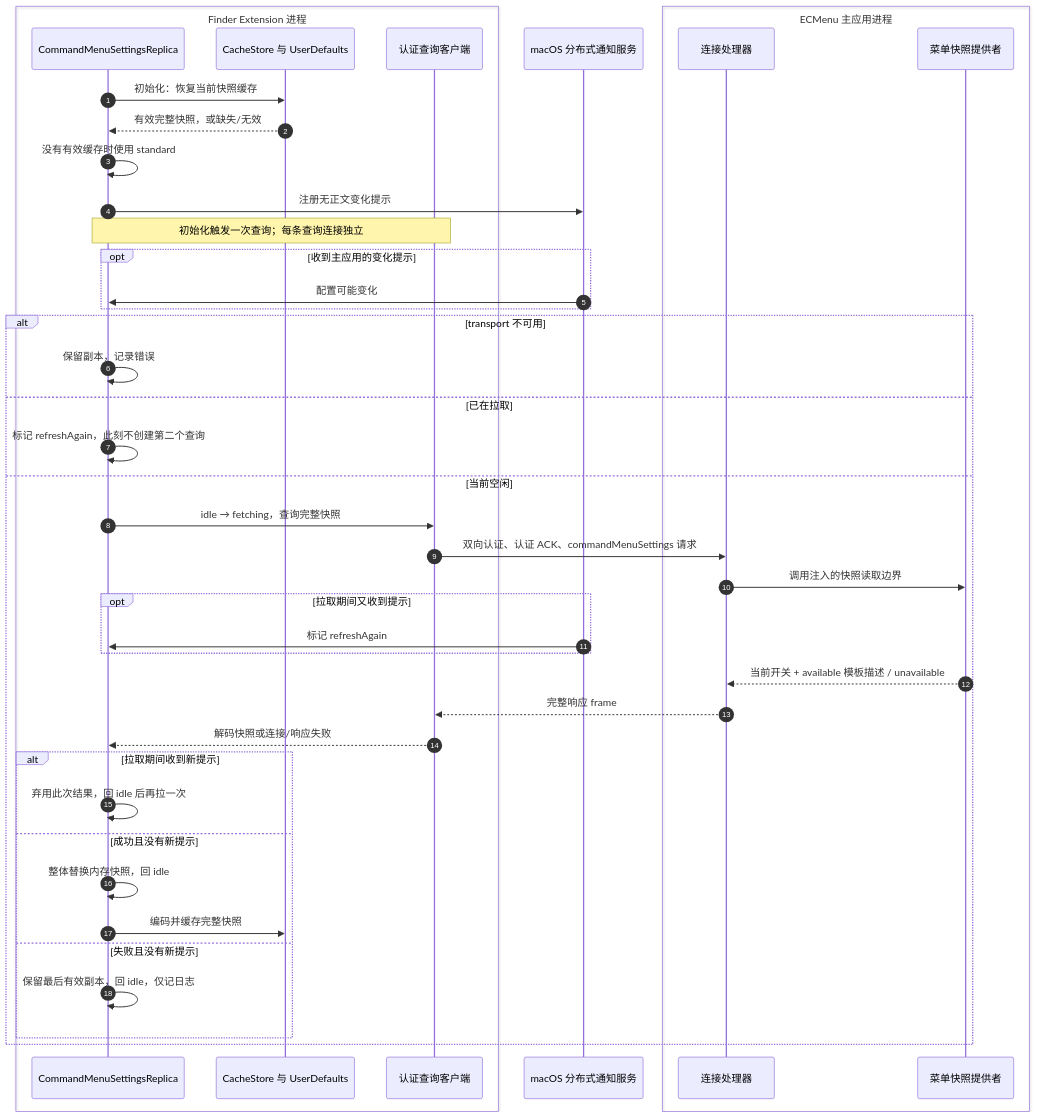
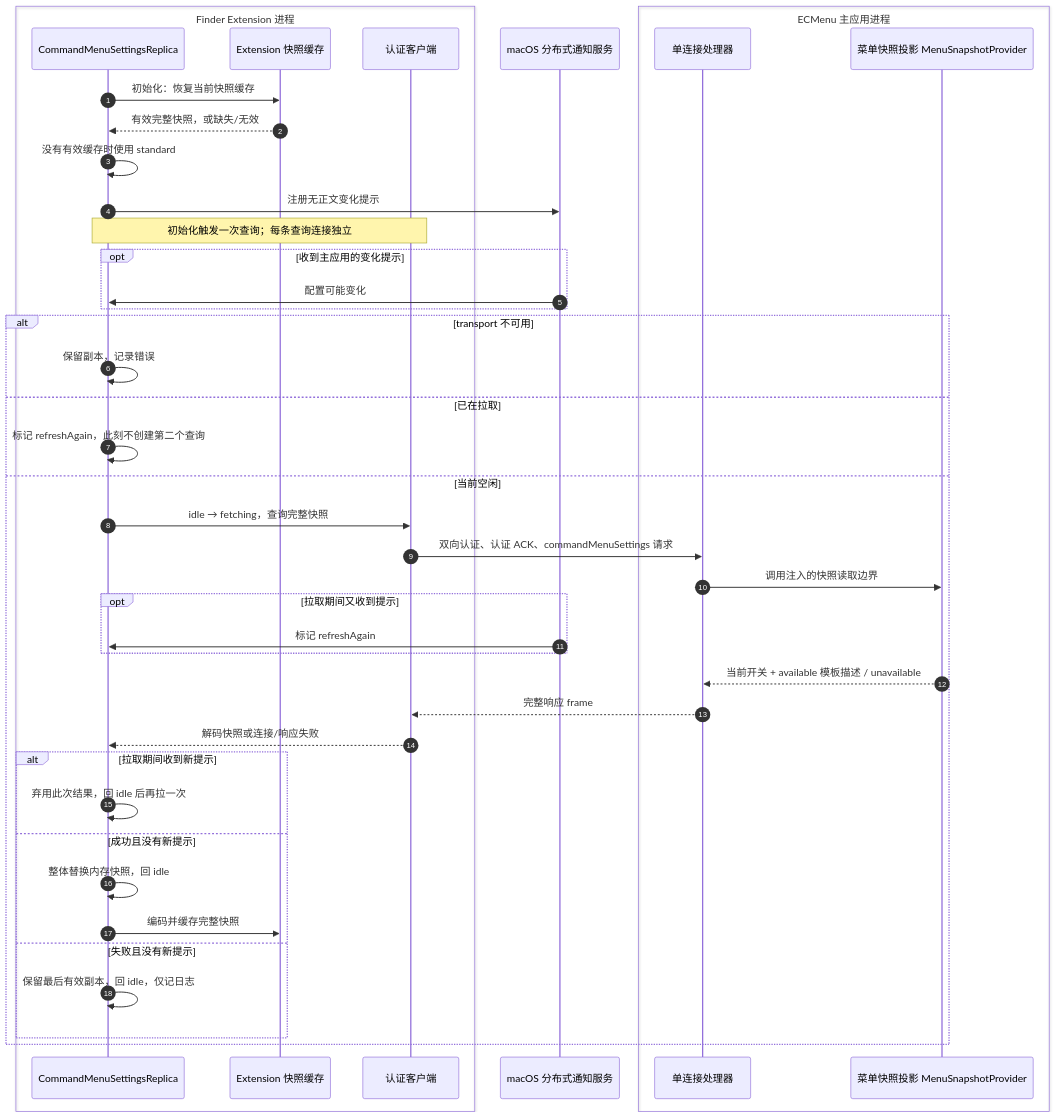
The fourth of 4 diagrams in spec/Technical/Runtime/MenuExecution.md (tlb-22/mac-tool-ecmenu), drawn with Mermaid before and after one commit. The commit also changed other lines of this file and 38 other files, not shown here.

````diff
--- a/spec/Technical/Runtime/MenuExecution.md
+++ b/spec/Technical/Runtime/MenuExecution.md
@@ -154,45 +160,45 @@
 ```mermaid
 sequenceDiagram
     autonumber
     box Finder Extension 进程
         participant P as CommandMenuSettingsReplica
-        participant D as CacheStore 与 UserDefaults
-        participant T as 认证查询客户端
+        participant D as Extension 快照缓存
+        participant T as 认证客户端
     end
     participant N as macOS 分布式通知服务
     box ECMenu 主应用进程
-        participant S as 连接处理器
-        participant A as 菜单快照提供者
+        participant S as 单连接处理器
+        participant A as 菜单快照投影 MenuSnapshotProvider
     end
     P->>D: 初始化：恢复当前快照缓存
     D-->>P: 有效完整快照，或缺失/无效
     P->>P: 没有有效缓存时使用 standard
     P->>N: 注册无正文变化提示
     Note over P,T: 初始化触发一次查询；每条查询连接独立
     opt 收到主应用的变化提示
         N->>P: 配置可能变化
     end
     alt transport 不可用
         P->>P: 保留副本，记录错误
     else 已在拉取
         P->>P: 标记 refreshAgain，此刻不创建第二个查询
     else 当前空闲
         P->>T: idle → fetching，查询完整快照
         T->>S: 双向认证、认证 ACK、commandMenuSettings 请求
         S->>A: 调用注入的快照读取边界
         opt 拉取期间又收到提示
             N->>P: 标记 refreshAgain
         end
         A-->>S: 当前开关 + available 模板描述 / unavailable
         S-->>T: 完整响应 frame
         T-->>P: 解码快照或连接/响应失败
         alt 拉取期间收到新提示
             P->>P: 弃用此次结果，回 idle 后再拉一次
         else 成功且没有新提示
             P->>P: 整体替换内存快照，回 idle
             P->>D: 编码并缓存完整快照
         else 失败且没有新提示
             P->>P: 保留最后有效副本，回 idle，仅记日志
         end
     end
 ```
````
